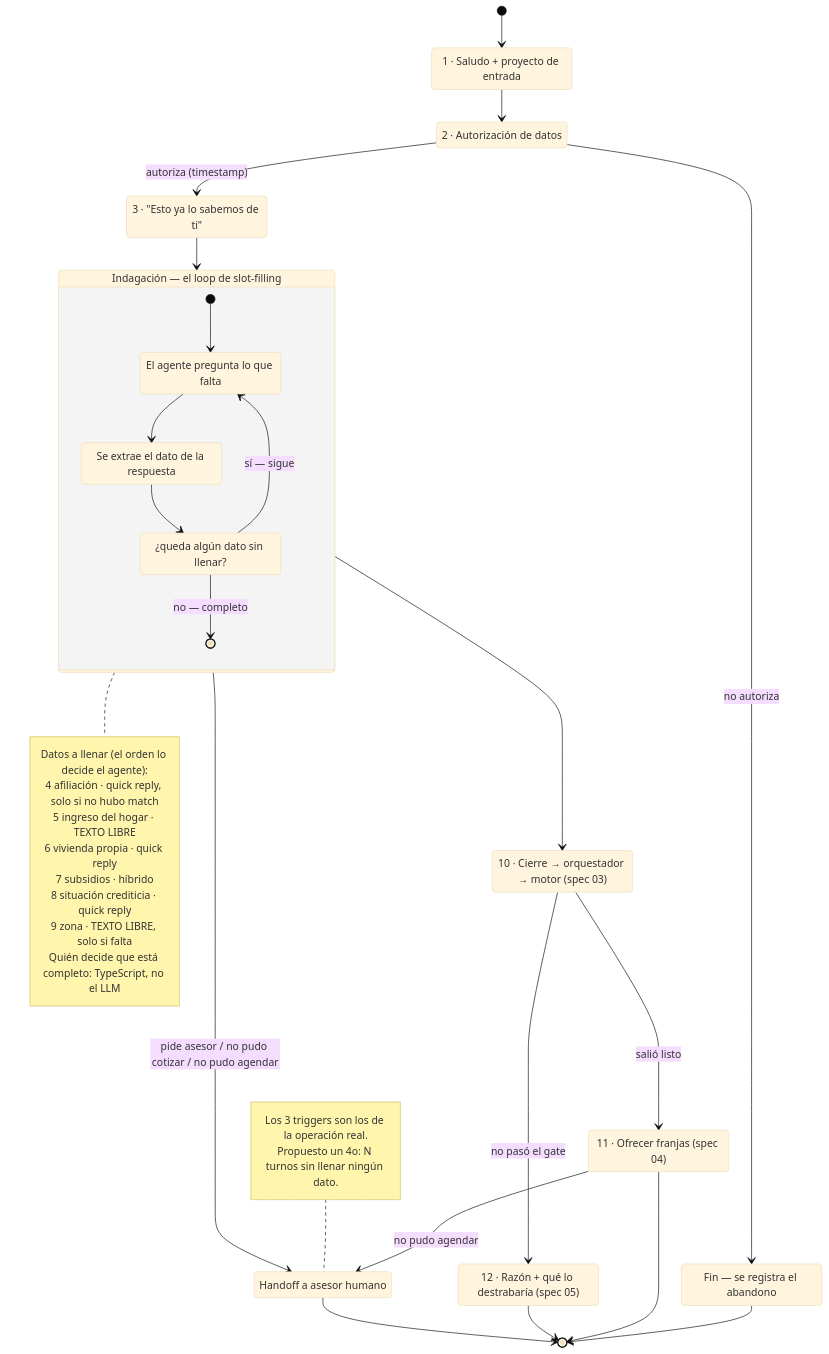
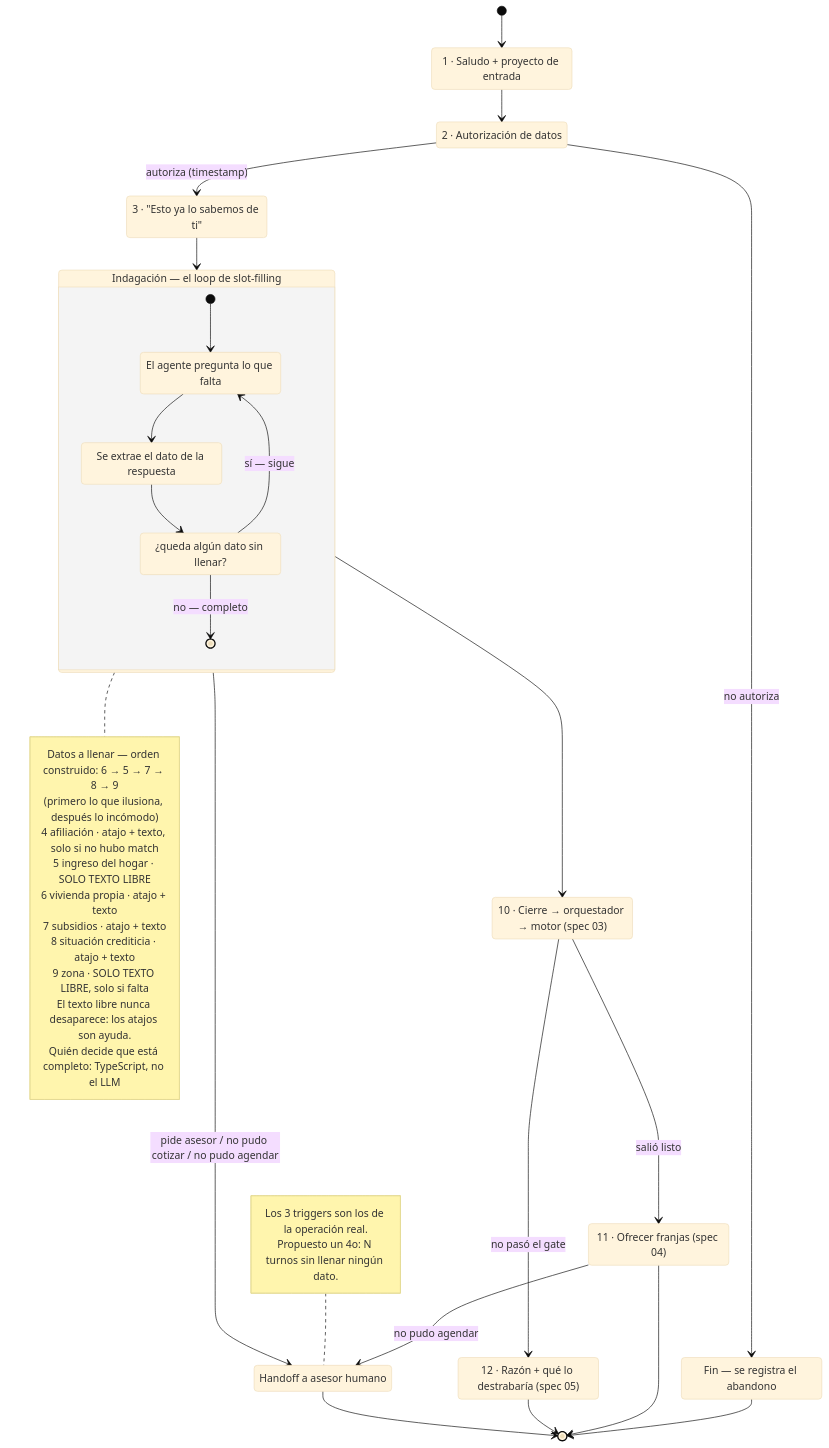
Before and after one commit to hackathon-30x-colsubsidio/mvp-reto-vivienda: the diagram in docs/specs/02-conversador.md, drawn with Mermaid (base theme). The commit also changed 3 other files, not shown here.

````diff
--- a/docs/specs/02-conversador.md
+++ b/docs/specs/02-conversador.md
@@ -144,65 +144,67 @@
 ```mermaid
 stateDiagram-v2
     direction TB
 
     [*] --> Saludo
 
     Saludo: 1 · Saludo + proyecto de entrada
     Saludo --> Autorizacion
 
     Autorizacion: 2 · Autorización de datos
     Autorizacion --> Fin_sin_permiso: no autoriza
     Autorizacion --> YaSabemos: autoriza (timestamp)
 
     Fin_sin_permiso: Fin — se registra el abandono
     Fin_sin_permiso --> [*]
 
     YaSabemos: 3 · "Esto ya lo sabemos de ti"
     YaSabemos --> Indagacion
 
     state "Indagación — el loop de slot-filling" as Indagacion {
         direction TB
         [*] --> Turno
         Turno: El agente pregunta lo que falta
         Turno --> Extractor
         Extractor: Se extrae el dato de la respuesta
         Extractor --> Faltan
         Faltan: ¿queda algún dato sin llenar?
         Faltan --> Turno: sí — sigue
         Faltan --> [*]: no — completo
     }
 
     note right of Indagacion
-        Datos a llenar (el orden lo decide el agente):
-        4 afiliación · quick reply, solo si no hubo match
-        5 ingreso del hogar · TEXTO LIBRE
-        6 vivienda propia · quick reply
-        7 subsidios · híbrido
-        8 situación crediticia · quick reply
-        9 zona · TEXTO LIBRE, solo si falta
+        Datos a llenar — orden construido: 6 → 5 → 7 → 8 → 9
+        (primero lo que ilusiona, después lo incómodo)
+        4 afiliación · atajo + texto, solo si no hubo match
+        5 ingreso del hogar · SOLO TEXTO LIBRE
+        6 vivienda propia · atajo + texto
+        7 subsidios · atajo + texto
+        8 situación crediticia · atajo + texto
+        9 zona · SOLO TEXTO LIBRE, solo si falta
+        El texto libre nunca desaparece: los atajos son ayuda.
         Quién decide que está completo: TypeScript, no el LLM
     end note
 
     Indagacion --> Cierre
 
     Cierre: 10 · Cierre → orquestador → motor (spec 03)
     Cierre --> Agenda: salió listo
     Cierre --> Nutricion: no pasó el gate
 
     Agenda: 11 · Ofrecer franjas (spec 04)
     Agenda --> [*]
 
     Nutricion: 12 · Razón + qué lo destrabaría (spec 05)
     Nutricion --> [*]
 
     Indagacion --> Humano: pide asesor / no pudo cotizar / no pudo agendar
     Agenda --> Humano: no pudo agendar
 
     Humano: Handoff a asesor humano
     Humano --> [*]
 
     note left of Humano
         Los 3 triggers son los de la operación real.
         Propuesto un 4o: N turnos sin llenar ningún dato.
     end note
 ```
````
